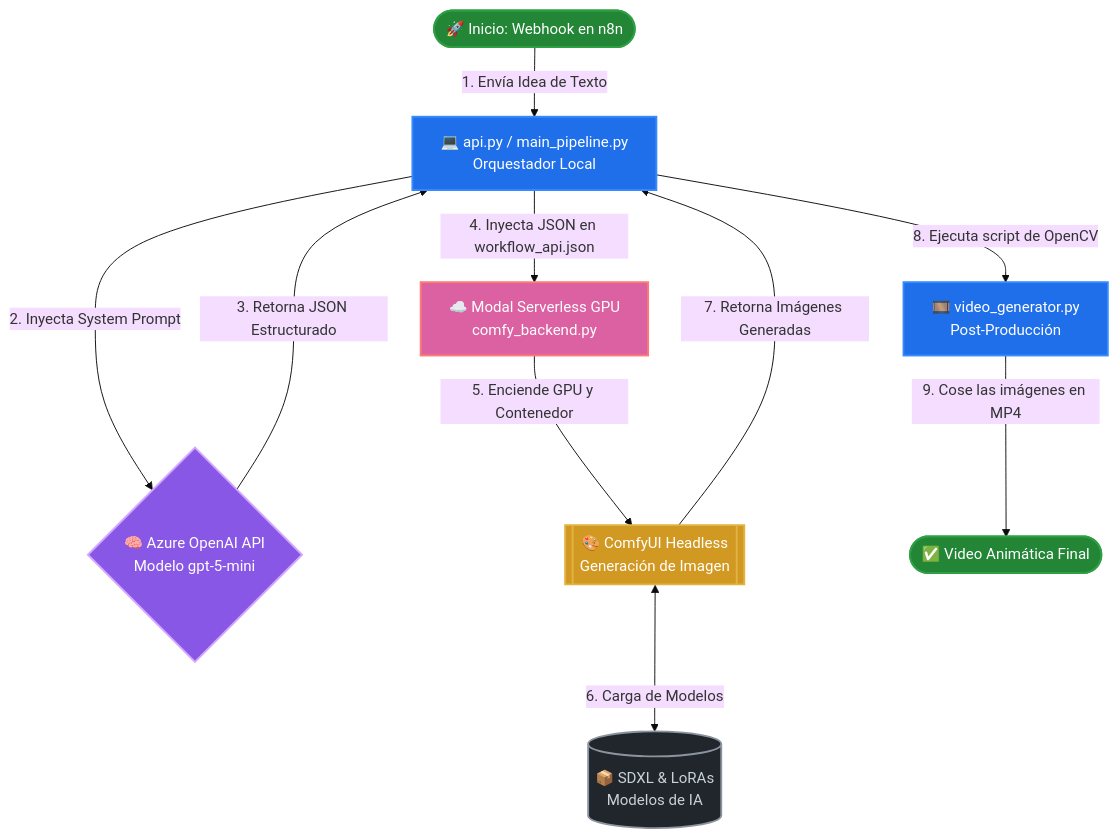
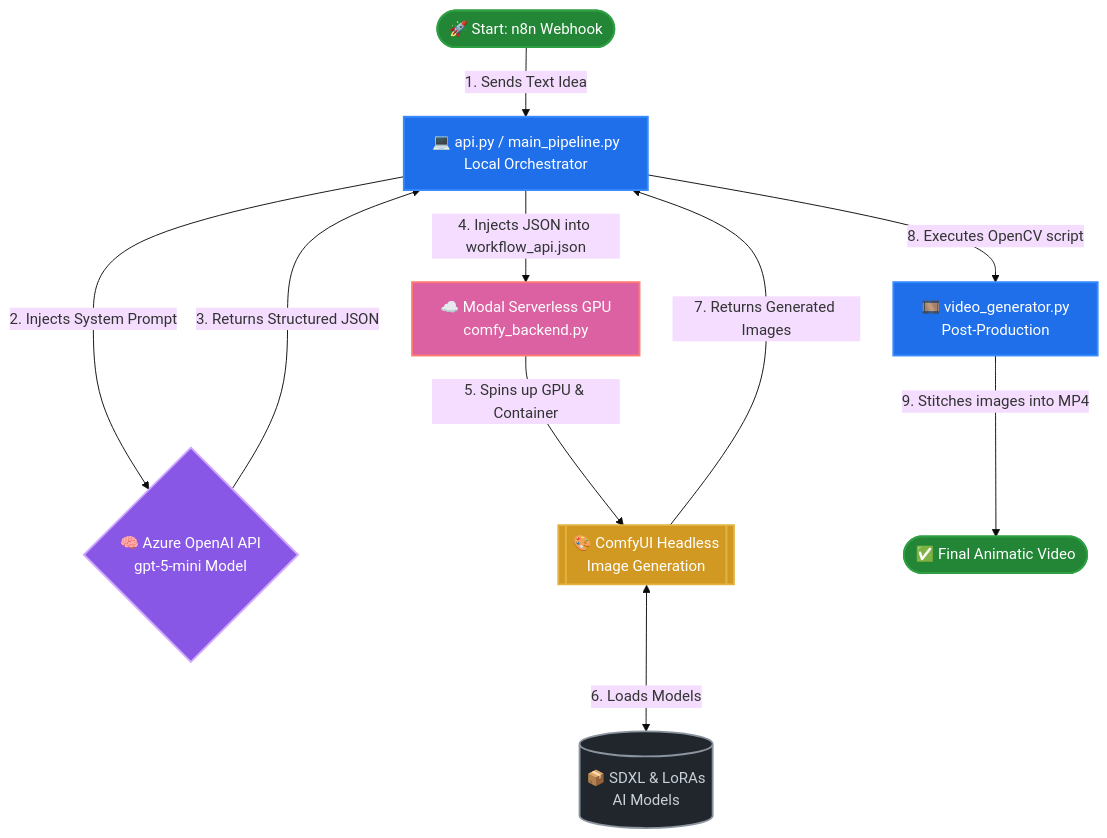
One commit to fernando-pedernera/ai-storyboard changed the diagram in README.md. Above: the diagram before and after it, drawn with Mermaid (base theme). The commit also changed other lines of this file and 1 other file, not shown here.

````diff
--- a/README.md
+++ b/README.md
@@ -20,36 +22,36 @@
 ```mermaid
 graph TD
-    %% Definición de Nodos
-    Start([🚀 Inicio: Webhook en n8n])
-    API[💻 api.py / main_pipeline.py<br/>Orquestador Local]
-    LLM{🧠 Azure OpenAI API<br/>Modelo gpt-5-mini}
+    %% Node Definitions
+    Start([🚀 Start: n8n Webhook])
+    API[💻 api.py / main_pipeline.py<br/>Local Orchestrator]
+    LLM{🧠 Azure OpenAI API<br/>gpt-5-mini Model}
     Modal[☁️ Modal Serverless GPU<br/>comfy_backend.py]
-    ComfyUI[[🎨 ComfyUI Headless<br/>Generación de Imagen]]
-    SDXL[(📦 SDXL & LoRAs<br/>Modelos de IA)]
-    Video[🎞️ video_generator.py<br/>Post-Producción]
-    End([✅ Video Animática Final])
+    ComfyUI[[🎨 ComfyUI Headless<br/>Image Generation]]
+    SDXL[(📦 SDXL & LoRAs<br/>AI Models)]
+    Video[🎞️ video_generator.py<br/>Post-Production]
+    End([✅ Final Animatic Video])
 
-    %% Flujo de datos
-    Start -->|1. Envía Idea de Texto| API
+    %% Data Flow
+    Start -->|1. Sends Text Idea| API
     
-    %% Alargar la conexión y simplificar texto para evitar que 2 y 3 se pisen
-    API --->|2. Inyecta System Prompt| LLM
-    LLM --->|3. Retorna JSON Estructurado| API
+    %% Lengthen connection and simplify text to prevent overlapping 2 and 3
+    API --->|2. Injects System Prompt| LLM
+    LLM --->|3. Returns Structured JSON| API
     
-    API -->|4. Inyecta JSON en workflow_api.json| Modal
-    Modal -->|5. Enciende GPU y Contenedor| ComfyUI
-    ComfyUI <-->|6. Carga de Modelos| SDXL
-    ComfyUI -->|7. Retorna Imágenes Generadas| API
-    API -->|8. Ejecuta script de OpenCV| Video
-    Video -->|9. Cose las imágenes en MP4| End
+    API -->|4. Injects JSON into workflow_api.json| Modal
+    Modal -->|5. Spins up GPU & Container| ComfyUI
+    ComfyUI <-->|6. Loads Models| SDXL
+    ComfyUI -->|7. Returns Generated Images| API
+    API -->|8. Executes OpenCV script| Video
+    Video -->|9. Stitches images into MP4| End
 
-    %% Estilos de Nodos para alto contraste en GitHub
+    %% Node Styles for high contrast on GitHub
     style Start fill:#238636,stroke:#2ea043,stroke-width:2px,color:#ffffff
     style API fill:#1f6feb,stroke:#388bfd,stroke-width:2px,color:#ffffff
     style LLM fill:#8957e5,stroke:#d2a8ff,stroke-width:2px,color:#ffffff
     style Modal fill:#db61a2,stroke:#ff7b72,stroke-width:2px,color:#ffffff
     style ComfyUI fill:#d29922,stroke:#e3b341,stroke-width:2px,color:#ffffff
     style SDXL fill:#21262d,stroke:#8b949e,stroke-width:2px,color:#c9d1d9
     style Video fill:#1f6feb,stroke:#388bfd,stroke-width:2px,color:#ffffff
     style End fill:#238636,stroke:#2ea043,stroke-width:2px,color:#ffffff
 ```
````
